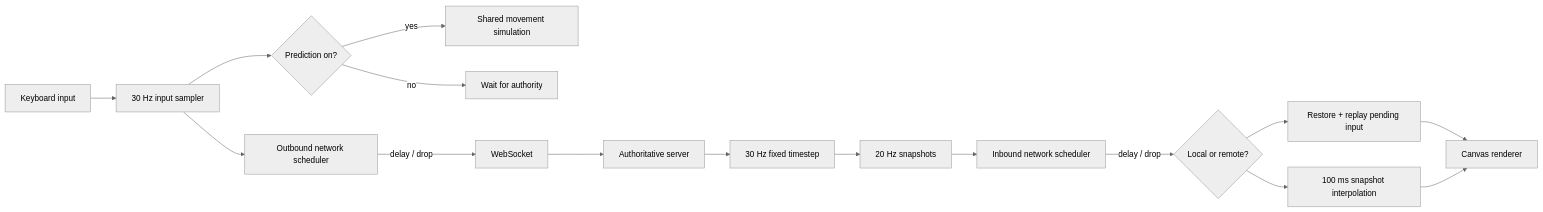
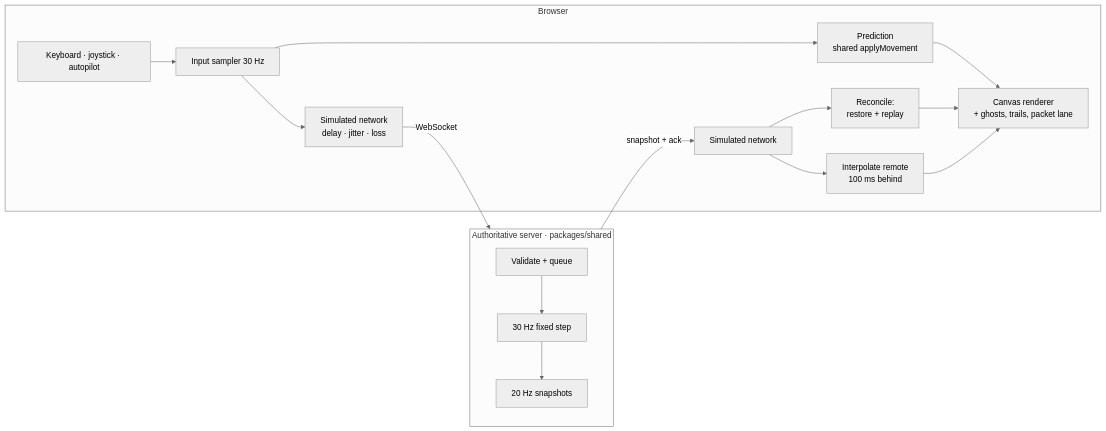
One commit to mastercontrolJavi/synclab changed the diagram in README.md. Above: the diagram before and after it, drawn with Mermaid (neutral theme). The commit also changed other lines of this file and 9 other files, not shown here.

````diff
--- a/README.md
+++ b/README.md
@@ -31,18 +33,16 @@
 ```mermaid
 flowchart LR
-    K[Keyboard input] --> S[30 Hz input sampler]
-    S --> P{Prediction on?}
-    P -->|yes| L[Shared movement simulation]
-    P -->|no| W[Wait for authority]
-    S --> N1[Outbound network scheduler]
-    N1 -->|delay / drop| WS[WebSocket]
-    WS --> A[Authoritative server]
-    A --> T[30 Hz fixed timestep]
-    T --> B[20 Hz snapshots]
-    B --> N2[Inbound network scheduler]
-    N2 -->|delay / drop| R{Local or remote?}
-    R --> C[Restore + replay pending input]
-    R --> I[100 ms snapshot interpolation]
-    C --> Canvas[Canvas renderer]
-    I --> Canvas
+    subgraph Browser
+      K[Keyboard · joystick · autopilot] --> IN[Input sampler 30 Hz]
+      IN --> PRED[Prediction<br/>shared applyMovement]
+      IN --> NS1[Simulated network<br/>delay · jitter · loss]
+      NS2[Simulated network] --> REC[Reconcile:<br/>restore + replay]
+      NS2 --> INT[Interpolate remote<br/>100 ms behind]
+      PRED & REC & INT --> CANVAS[Canvas renderer<br/>+ ghosts, trails, packet lane]
+    end
+    NS1 -->|WebSocket| SRV
+    SRV -->|snapshot + ack| NS2
+    subgraph SRV[Authoritative server · packages/shared]
+      Q[Validate + queue] --> SIM[30 Hz fixed step] --> SNAP[20 Hz snapshots]
+    end
 ```
````
